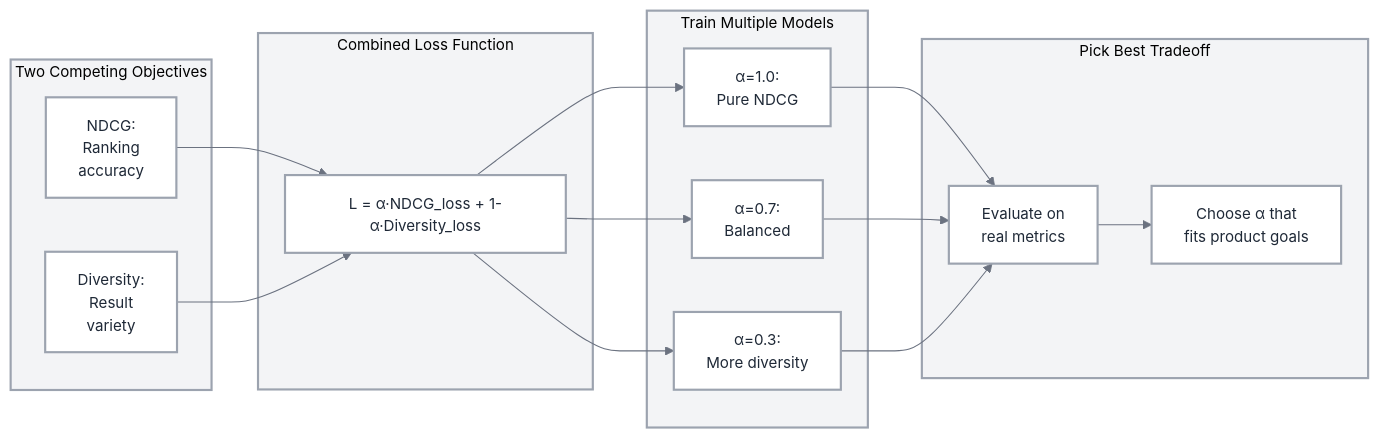
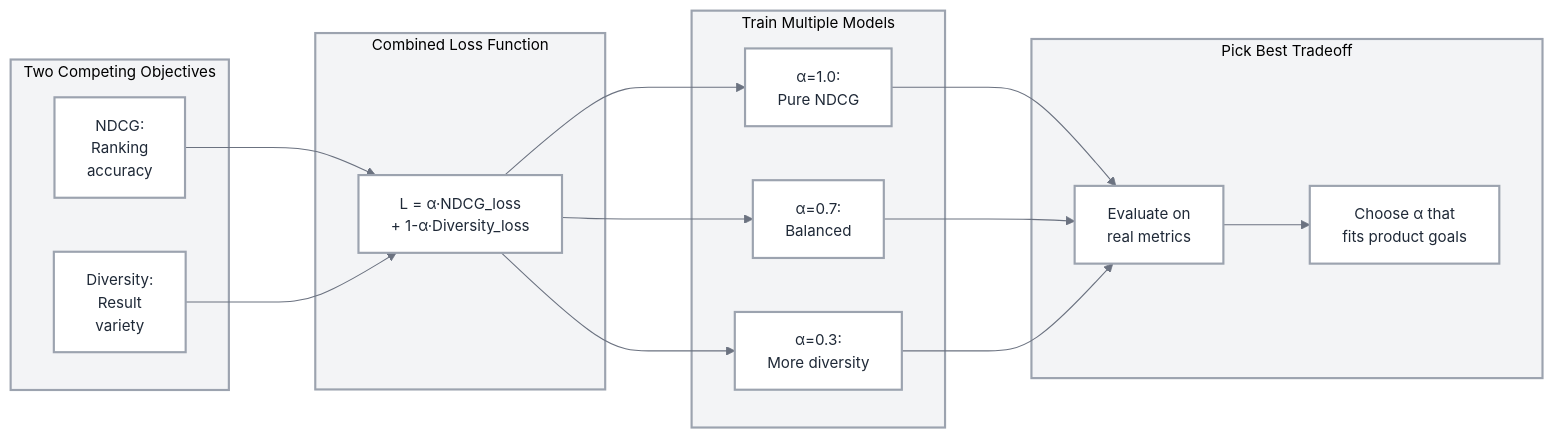
One commit to saraswatmks/saraswatmks.github.com changed the third of 4 diagrams in _posts/2026/2026-02-07-lightgbm_pairwise_lambdarank.md. Above: the diagram before and after it, drawn with Mermaid. The commit also changed other lines of this file, not shown here.

```diff
--- a/_posts/2026/2026-02-07-lightgbm_pairwise_lambdarank.md
+++ b/_posts/2026/2026-02-07-lightgbm_pairwise_lambdarank.md
@@ -224,57 +236,63 @@
 <div class="mermaid">
 %%{init: {
   'theme': 'base',
   'themeVariables': {
     'primaryColor': '#FFFFFF',
     'primaryTextColor': '#1F2937',
     'primaryBorderColor': '#9CA3AF',
     'lineColor': '#6B7280',
     'fontSize': '14px',
     'fontFamily': 'system-ui, -apple-system, sans-serif'
+  },
+  'flowchart': {
+    'nodeSpacing': 50,
+    'rankSpacing': 80,
+    'padding': 15,
+    'useMaxWidth': true
   }
 }}%%
 
 graph LR
     subgraph Objectives["Two Competing Objectives"]
-        A[NDCG:<br/>Ranking<br/>accuracy]
-        B[Diversity:<br/>Result<br/>variety]
+        A["NDCG:<br/>Ranking<br/>accuracy"]
+        B["Diversity:<br/>Result<br/>variety"]
     end
 
     subgraph Loss["Combined Loss Function"]
-        C["L = α·NDCG_loss + 1-α·Diversity_loss"]
+        C["L = α·NDCG_loss<br/>+ 1-α·Diversity_loss"]
     end
 
     subgraph Models["Train Multiple Models"]
-        D1[α=1.0:<br/>Pure NDCG]
-        D2[α=0.7:<br/>Balanced]
-        D3[α=0.3:<br/>More diversity]
+        D1["α=1.0:<br/>Pure NDCG"]
+        D2["α=0.7:<br/>Balanced"]
+        D3["α=0.3:<br/>More diversity"]
     end
 
     subgraph Pareto["Pick Best Tradeoff"]
-        E[Evaluate on<br/>real metrics]
-        F[Choose α that<br/>fits product goals]
+        E["Evaluate on<br/>real metrics"]
+        F["Choose α that<br/>fits product goals"]
     end
 
     A --> C
     B --> C
     C --> D1
     C --> D2
     C --> D3
     D1 --> E
     D2 --> E
     D3 --> E
     E --> F
 
     style A fill:#FFFFFF,stroke:#9CA3AF,stroke-width:2px,color:#1F2937
     style B fill:#FFFFFF,stroke:#9CA3AF,stroke-width:2px,color:#1F2937
     style C fill:#FFFFFF,stroke:#9CA3AF,stroke-width:2px,color:#1F2937
     style D1 fill:#FFFFFF,stroke:#9CA3AF,stroke-width:2px,color:#1F2937
     style D2 fill:#FFFFFF,stroke:#9CA3AF,stroke-width:2px,color:#1F2937
     style D3 fill:#FFFFFF,stroke:#9CA3AF,stroke-width:2px,color:#1F2937
     style E fill:#FFFFFF,stroke:#9CA3AF,stroke-width:2px,color:#1F2937
     style F fill:#FFFFFF,stroke:#9CA3AF,stroke-width:2px,color:#1F2937
     style Objectives fill:#F3F4F6,stroke:#9CA3AF,stroke-width:2px
     style Loss fill:#F3F4F6,stroke:#9CA3AF,stroke-width:2px
     style Models fill:#F3F4F6,stroke:#9CA3AF,stroke-width:2px
     style Pareto fill:#F3F4F6,stroke:#9CA3AF,stroke-width:2px
 </div>
```
